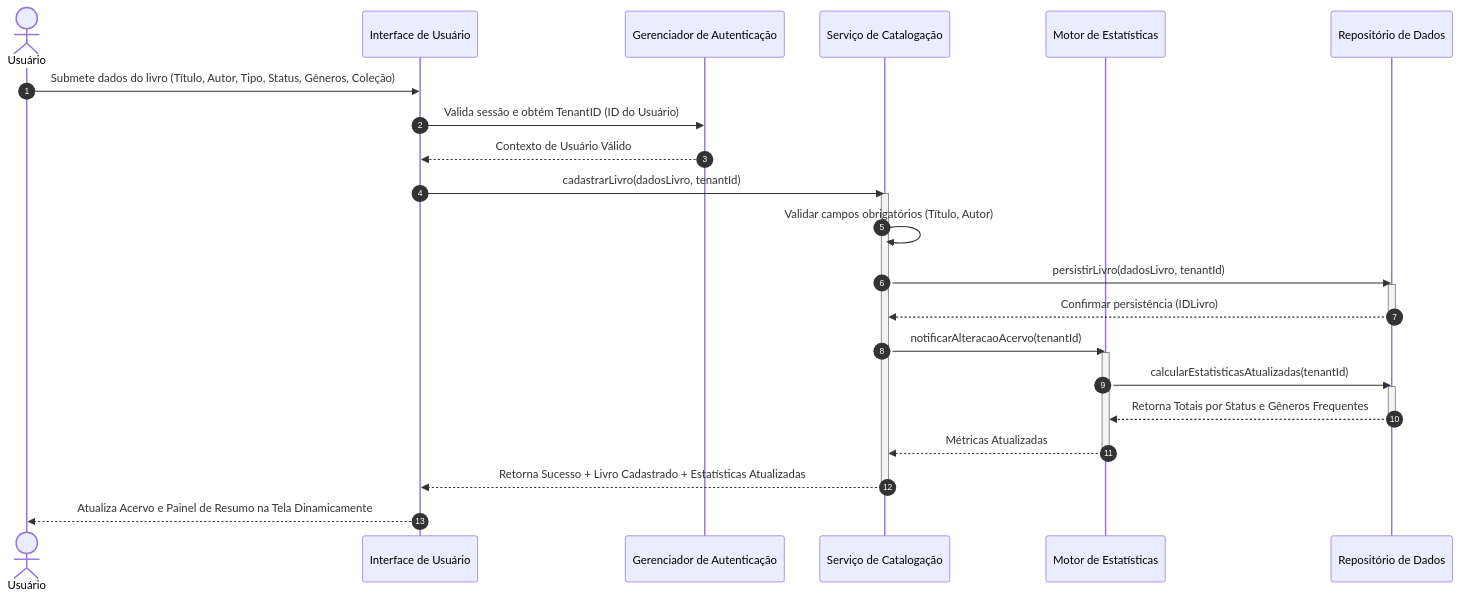
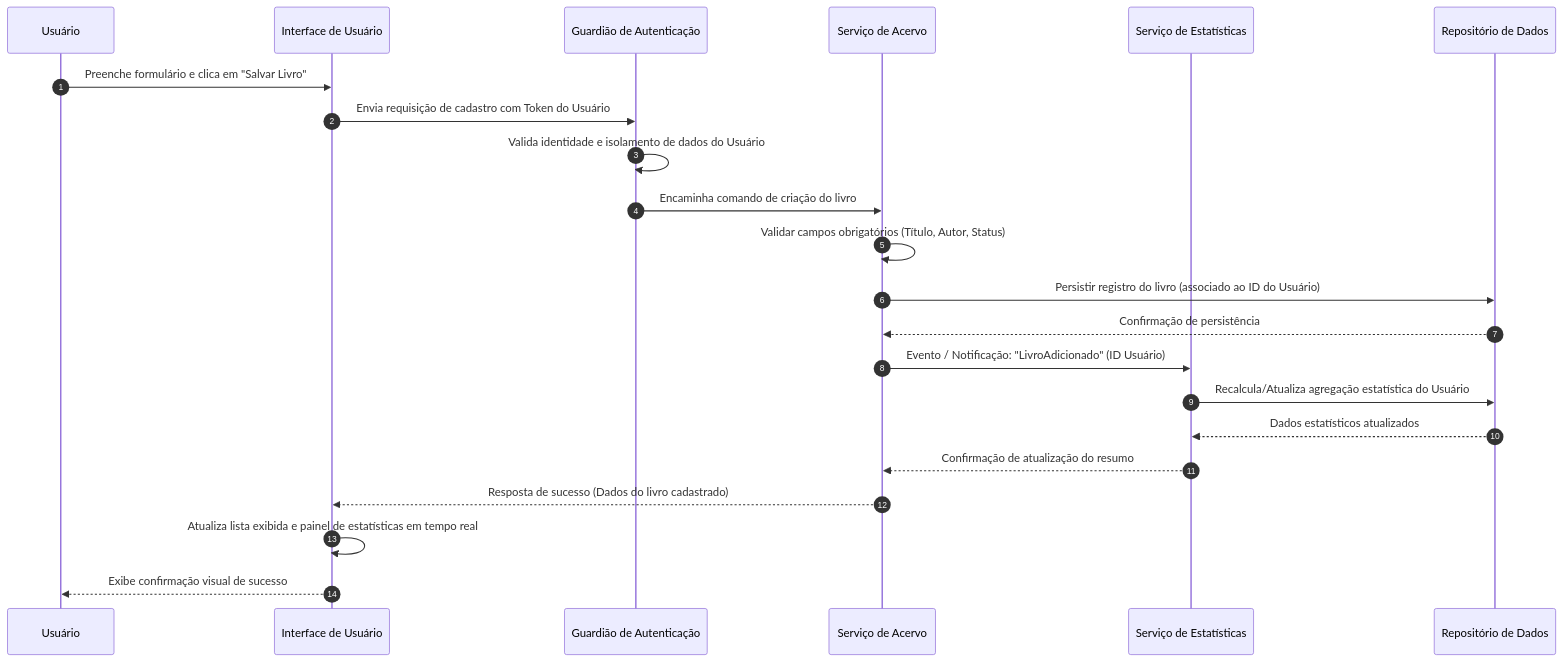
One commit to PDC-ESIA/AI4ES changed the second of 2 diagrams in docs/Time_2_Design/analise-qualitativa/outputs/relatorio_gemini_3_6_flash_P04.md. Above: the diagram before and after it, drawn with Mermaid. The commit also changed other lines of this file and 93 other files, not shown here.

````diff
--- a/docs/Time_2_Design/analise-qualitativa/outputs/relatorio_gemini_3_6_flash_P04.md
+++ b/docs/Time_2_Design/analise-qualitativa/outputs/relatorio_gemini_3_6_flash_P04.md
@@ -69,36 +66,25 @@
 ```mermaid
 sequenceDiagram
     autonumber
-    actor User as Usuário
+    participant U as Usuário
     participant UI as Interface de Usuário
-    participant Auth as Gerenciador de Autenticação
-    participant BS as Serviço de Catalogação
-    participant SE as Motor de Estatísticas
-    participant Repo as Repositório de Dados
+    participant AG as Guardião de Autenticação
+    participant CS as Serviço de Acervo
+    participant SS as Serviço de Estatísticas
+    participant DS as Repositório de Dados
 
-    User->>UI: Submete dados do livro (Título, Autor, Tipo, Status, Gêneros, Coleção)
-    UI->>Auth: Valida sessão e obtém TenantID (ID do Usuário)
-    Auth-->>UI: Contexto de Usuário Válido
-    
-    UI->>BS: cadastrarLivro(dadosLivro, tenantId)
-    activate BS
-    BS->>BS: Validar campos obrigatórios (Título, Autor)
-    BS->>Repo: persistirLivro(dadosLivro, tenantId)
-    activate Repo
-    Repo-->>BS: Confirmar persistência (IDLivro)
-    deactivate Repo
-
-    BS->>SE: notificarAlteracaoAcervo(tenantId)
-    activate SE
-    SE->>Repo: calcularEstatisticasAtualizadas(tenantId)
-    activate Repo
-    Repo-->>SE: Retorna Totais por Status e Gêneros Frequentes
-    deactivate Repo
-    SE-->>BS: Métricas Atualizadas
-    deactivate SE
-
-    BS-->>UI: Retorna Sucesso + Livro Cadastrado + Estatísticas Atualizadas
-    deactivate BS
-
-    UI-->>User: Atualiza Acervo e Painel de Resumo na Tela Dinamicamente
+    U->>UI: Preenche formulário e clica em "Salvar Livro"
+    UI->>AG: Envia requisição de cadastro com Token do Usuário
+    AG->>AG: Valida identidade e isolamento de dados do Usuário
+    AG->>CS: Encaminha comando de criação do livro
+    CS->>CS: Validar campos obrigatórios (Título, Autor, Status)
+    CS->>DS: Persistir registro do livro (associado ao ID do Usuário)
+    DS-->>CS: Confirmação de persistência
+    CS->>SS: Evento / Notificação: "LivroAdicionado" (ID Usuário)
+    SS->>DS: Recalcula/Atualiza agregação estatística do Usuário
+    DS-->>SS: Dados estatísticos atualizados
+    SS-->>CS: Confirmação de atualização do resumo
+    CS-->>UI: Resposta de sucesso (Dados do livro cadastrado)
+    UI->>UI: Atualiza lista exibida e painel de estatísticas em tempo real
+    UI-->>U: Exibe confirmação visual de sucesso
 ```
````
